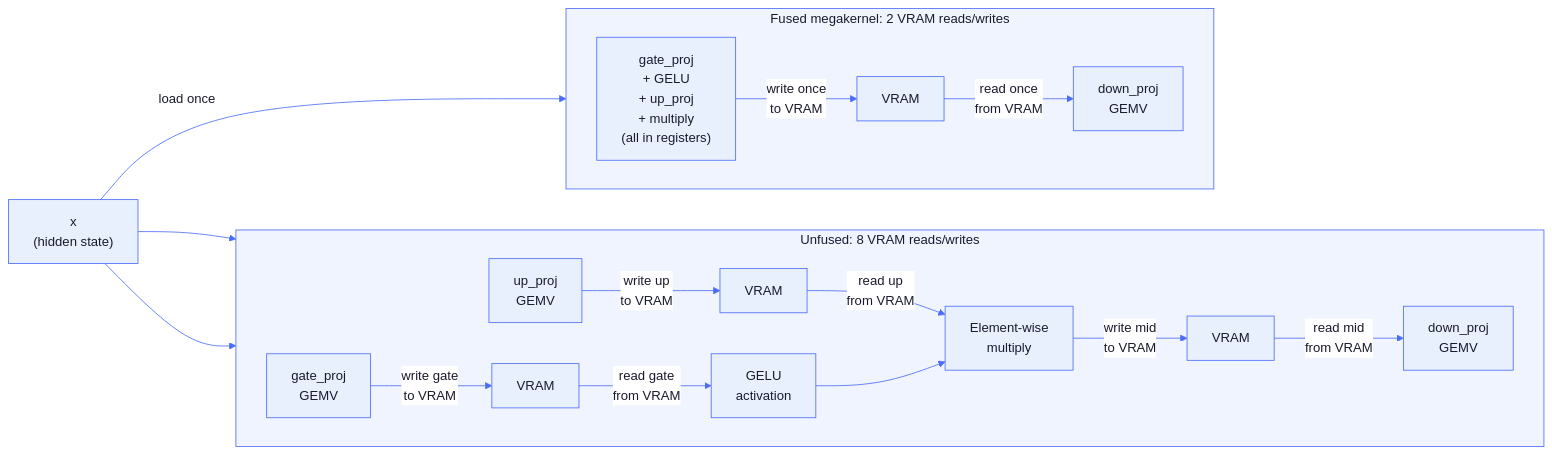
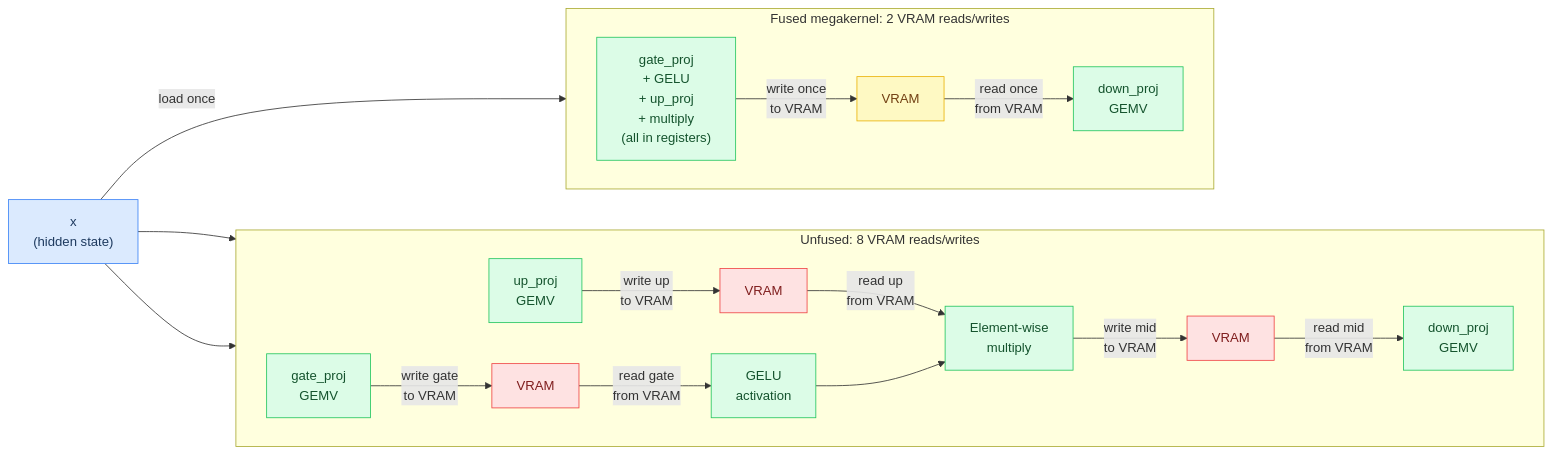
One commit to maci0/agave changed the second of 7 diagrams in docs/tutorial/08-backends.md. Above: the diagram before and after it, drawn with Mermaid. The commit also changed other lines of this file and 24 other files, not shown here.

First line of the commit message:
docs: convert all mermaid diagrams to classDef semantic colors

````diff
--- a/docs/tutorial/08-backends.md
+++ b/docs/tutorial/08-backends.md
@@ -98,39 +107,45 @@
 ```mermaid
-%%{init: {'theme': 'base', 'themeVariables': {
-  'primaryColor': '#e8f0fe',
-  'primaryTextColor': '#1a1a2e',
-  'primaryBorderColor': '#4a6cf7',
-  'lineColor': '#4a6cf7',
-  'secondaryColor': '#f0f4ff',
-  'tertiaryColor': '#f8f9ff',
-  'edgeLabelBackground': '#ffffff',
-  'clusterBkg': '#f0f4ff',
-  'clusterBorder': '#4a6cf7',
-  'titleColor': '#1a1a2e',
-  'nodeTextColor': '#1a1a2e',
-  'fontFamily': 'ui-monospace, SFMono-Regular, monospace'
-}}}%%
 flowchart LR
-    Input["x\n(hidden state)"]
+    classDef setup     fill:#dbeafe,stroke:#3b82f6,color:#1e3a5f
+    classDef sync      fill:#dcfce7,stroke:#22c55e,color:#14532d
+    classDef migration fill:#fef9c3,stroke:#eab308,color:#713f12
+    classDef success   fill:#bbf7d0,stroke:#16a34a,color:#14532d
+    classDef danger    fill:#fee2e2,stroke:#ef4444,color:#7f1d1d
+    classDef optional  fill:#f3e8ff,stroke:#9333ea,color:#581c87
+
+    Input["x\n(hidden state)"]:::setup
 
     subgraph Unfused["Unfused: 8 VRAM reads/writes"]
         direction LR
-        G1["gate_proj\nGEMV"] -->|"write gate\nto VRAM"| VRAM1["VRAM"]
-        VRAM1 -->|"read gate\nfrom VRAM"| Gelu["GELU\nactivation"]
-        U1["up_proj\nGEMV"] -->|"write up\nto VRAM"| VRAM2["VRAM"]
-        VRAM2 -->|"read up\nfrom VRAM"| Mul["Element-wise\nmultiply"]
+        G1["gate_proj\nGEMV"]:::sync
+        VRAM1["VRAM"]:::danger
+        Gelu["GELU\nactivation"]:::sync
+        U1["up_proj\nGEMV"]:::sync
+        VRAM2["VRAM"]:::danger
+        Mul["Element-wise\nmultiply"]:::sync
+        VRAM3["VRAM"]:::danger
+        D1["down_proj\nGEMV"]:::sync
+
+        G1 -->|"write gate\nto VRAM"| VRAM1
+        VRAM1 -->|"read gate\nfrom VRAM"| Gelu
+        U1 -->|"write up\nto VRAM"| VRAM2
+        VRAM2 -->|"read up\nfrom VRAM"| Mul
         Gelu --> Mul
-        Mul -->|"write mid\nto VRAM"| VRAM3["VRAM"]
-        VRAM3 -->|"read mid\nfrom VRAM"| D1["down_proj\nGEMV"]
+        Mul -->|"write mid\nto VRAM"| VRAM3
+        VRAM3 -->|"read mid\nfrom VRAM"| D1
     end
 
     subgraph Fused["Fused megakernel: 2 VRAM reads/writes"]
         direction LR
-        FG["gate_proj\n+ GELU\n+ up_proj\n+ multiply\n(all in registers)"] -->|"write once\nto VRAM"| FV["VRAM"]
-        FV -->|"read once\nfrom VRAM"| FD["down_proj\nGEMV"]
+        FG["gate_proj\n+ GELU\n+ up_proj\n+ multiply\n(all in registers)"]:::sync
+        FV["VRAM"]:::migration
+        FD["down_proj\nGEMV"]:::sync
+
+        FG -->|"write once\nto VRAM"| FV
+        FV -->|"read once\nfrom VRAM"| FD
     end
 
     Input --> G1
     Input --> U1
     Input -->|"load once"| FG
 ```
````
